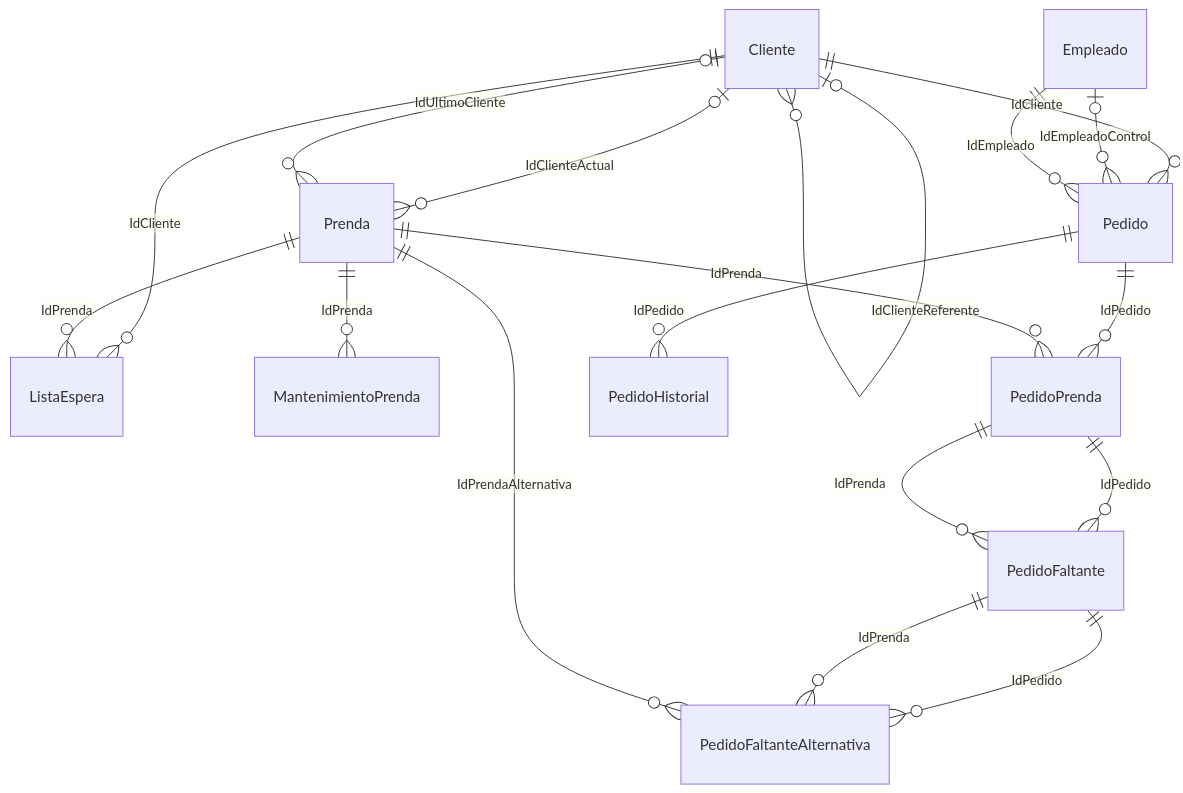
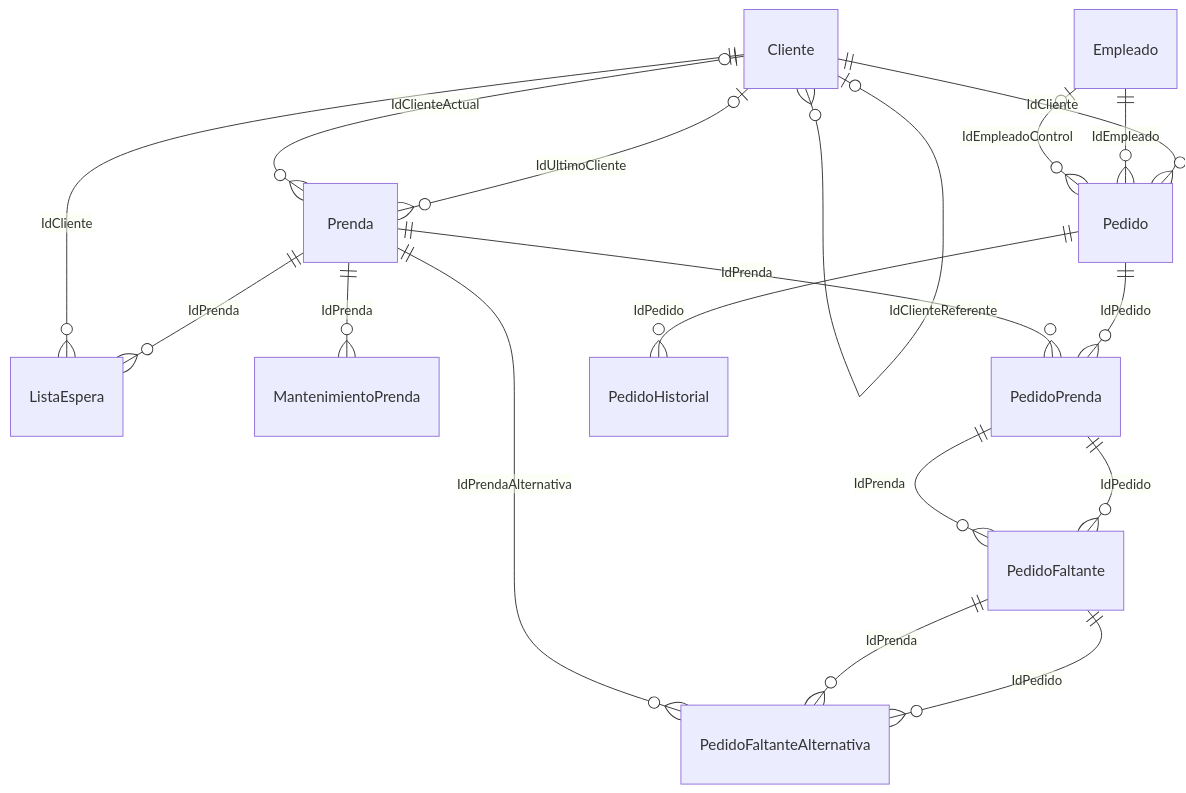
Before and after one commit to valentinamorana/Trabajo-de-Diploma: the diagram in docs/diagramas/mermaid/MC_pn01_pedidos.mmd, drawn with Mermaid. The commit also changed other lines of this file and 26 other files, not shown here.

```diff
--- a/docs/diagramas/mermaid/MC_pn01_pedidos.mmd
+++ b/docs/diagramas/mermaid/MC_pn01_pedidos.mmd
@@ -1,28 +1,28 @@
 erDiagram
   Cliente |o--o{ Cliente : "IdClienteReferente"
+  Prenda ||--o{ ListaEspera : "IdPrenda"
   Cliente ||--o{ ListaEspera : "IdCliente"
-  Prenda ||--o{ ListaEspera : "IdPrenda"
   Prenda ||--o{ MantenimientoPrenda : "IdPrenda"
   Cliente ||--o{ Pedido : "IdCliente"
+  Empleado ||--o{ Pedido : "IdEmpleado"
   Empleado |o--o{ Pedido : "IdEmpleadoControl"
-  Empleado ||--o{ Pedido : "IdEmpleado"
   PedidoPrenda ||--o{ PedidoFaltante : "IdPedido"
   PedidoPrenda ||--o{ PedidoFaltante : "IdPrenda"
   PedidoFaltante ||--o{ PedidoFaltanteAlternativa : "IdPedido"
   PedidoFaltante ||--o{ PedidoFaltanteAlternativa : "IdPrenda"
   Prenda ||--o{ PedidoFaltanteAlternativa : "IdPrendaAlternativa"
   Pedido ||--o{ PedidoHistorial : "IdPedido"
   Pedido ||--o{ PedidoPrenda : "IdPedido"
   Prenda ||--o{ PedidoPrenda : "IdPrenda"
+  Cliente |o--o{ Prenda : "IdUltimoCliente"
   Cliente |o--o{ Prenda : "IdClienteActual"
-  Cliente |o--o{ Prenda : "IdUltimoCliente"
   Cliente
   Empleado
   Pedido
   PedidoPrenda
   PedidoFaltante
   PedidoFaltanteAlternativa
   PedidoHistorial
   Prenda
   ListaEspera
   MantenimientoPrenda
```
